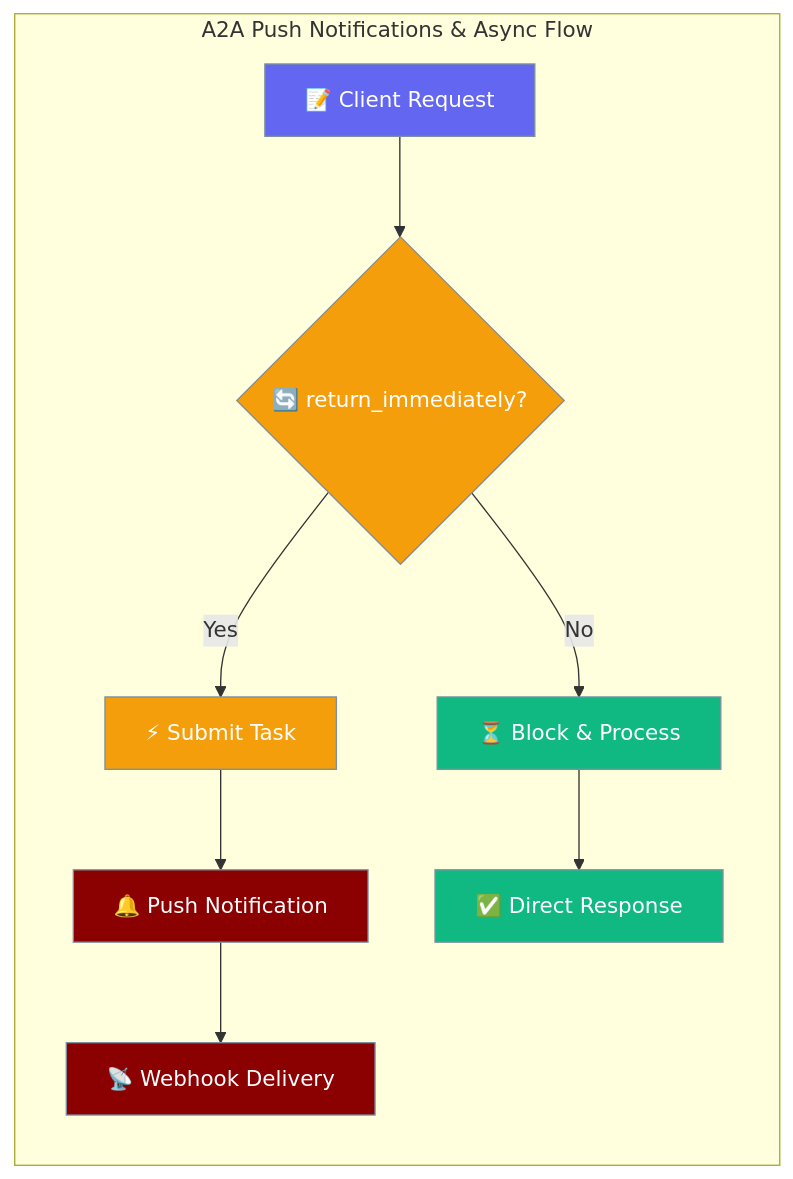
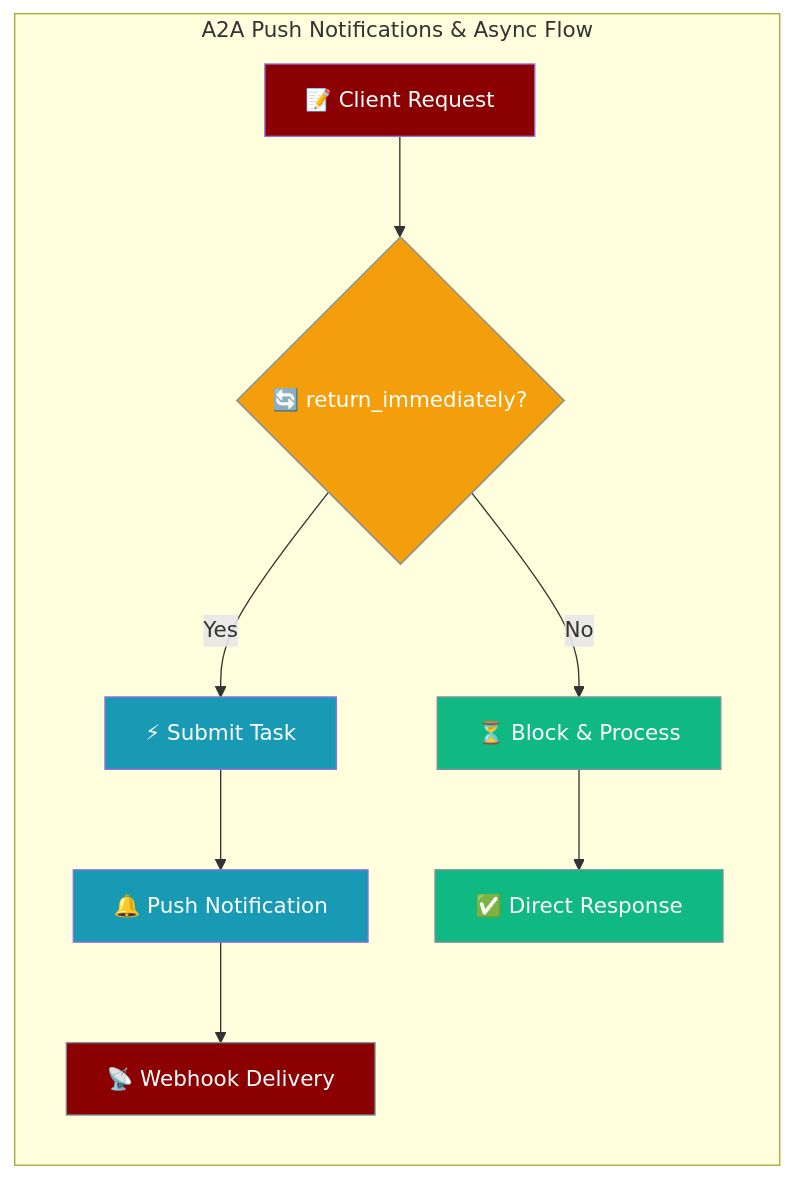
The first of 2 diagrams in docs/features/a2a-push-notifications.mdx (MervinPraison/PraisonAIDocs), drawn with Mermaid before and after one commit. The commit also changed 13 other files, not shown here.

````diff
--- a/docs/features/a2a-push-notifications.mdx
+++ b/docs/features/a2a-push-notifications.mdx
@@ -14,21 +14,24 @@
 ```mermaid
 graph LR
     subgraph "A2A Push Notifications & Async Flow"
         A[📝 Client Request] --> B{🔄 return_immediately?}
         B -->|Yes| C[⚡ Submit Task]
         B -->|No| D[⏳ Block & Process]
         C --> E[🔔 Push Notification]
         D --> F[✅ Direct Response]
         E --> G[📡 Webhook Delivery]
     end
     
     classDef request fill:#6366F1,stroke:#7C90A0,color:#fff
     classDef async fill:#F59E0B,stroke:#7C90A0,color:#fff
     classDef result fill:#10B981,stroke:#7C90A0,color:#fff
     classDef webhook fill:#8B0000,stroke:#7C90A0,color:#fff
+    classDef agent fill:#8B0000,color:#fff
+    classDef tool fill:#189AB4,color:#fff
     
-    class A request
-    class B,C async
+    class A agent
+    class C,E tool
+    class B async
     class D,F result
-    class E,G webhook
+    class G webhook
 ```
````
